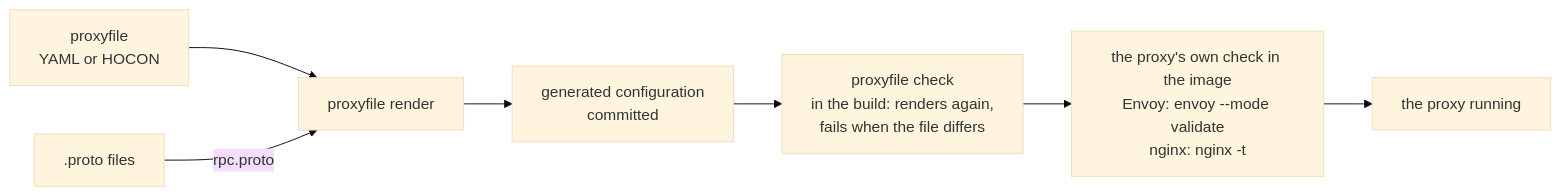
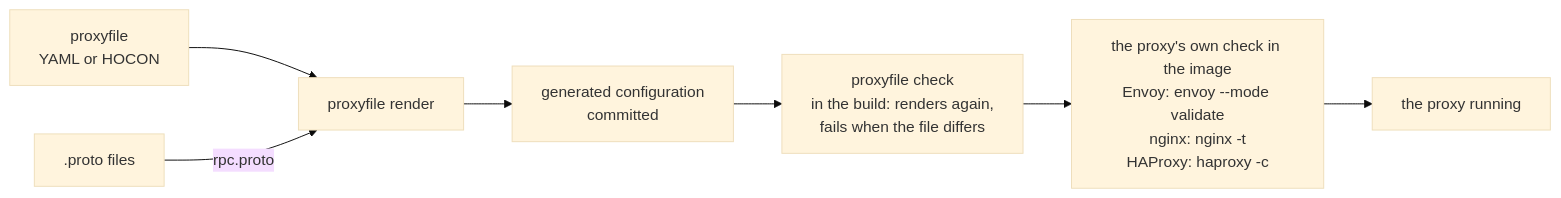
The second of 2 diagrams in README.md (kitecorp/proxyfile), drawn with Mermaid (base theme) before and after one commit. The commit also changed other lines of this file and 77 other files, not shown here.

````diff
--- a/README.md
+++ b/README.md
@@ -131,9 +139,9 @@
 ```mermaid
 flowchart LR
     source["proxyfile<br/>YAML or HOCON"] --> render["proxyfile render"]
     protos[".proto files"] -->|rpc.proto| render
     render --> generated["generated configuration<br/>committed"]
     generated --> check["proxyfile check<br/>in the build: renders again,<br/>fails when the file differs"]
-    check --> validate["the proxy's own check in the image<br/>Envoy: envoy --mode validate<br/>nginx: nginx -t"]
+    check --> validate["the proxy's own check in the image<br/>Envoy: envoy --mode validate<br/>nginx: nginx -t<br/>HAProxy: haproxy -c"]
     validate --> running["the proxy running"]
 ```
````
